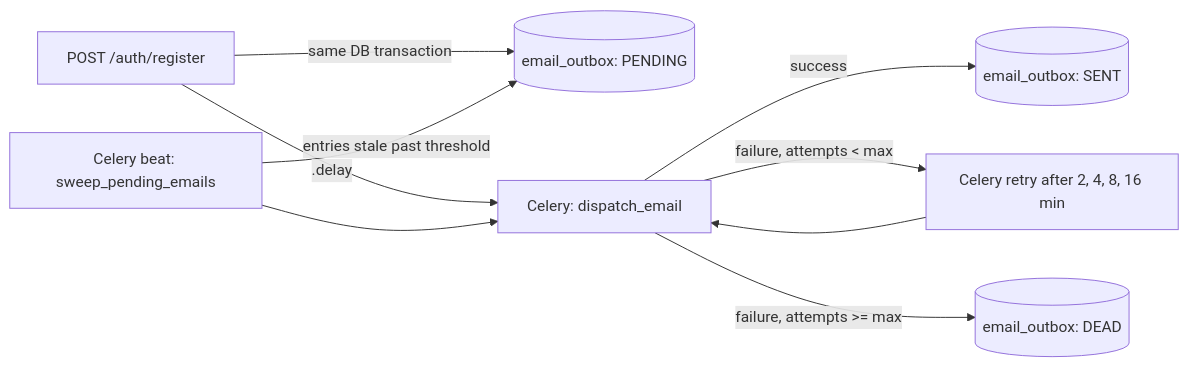
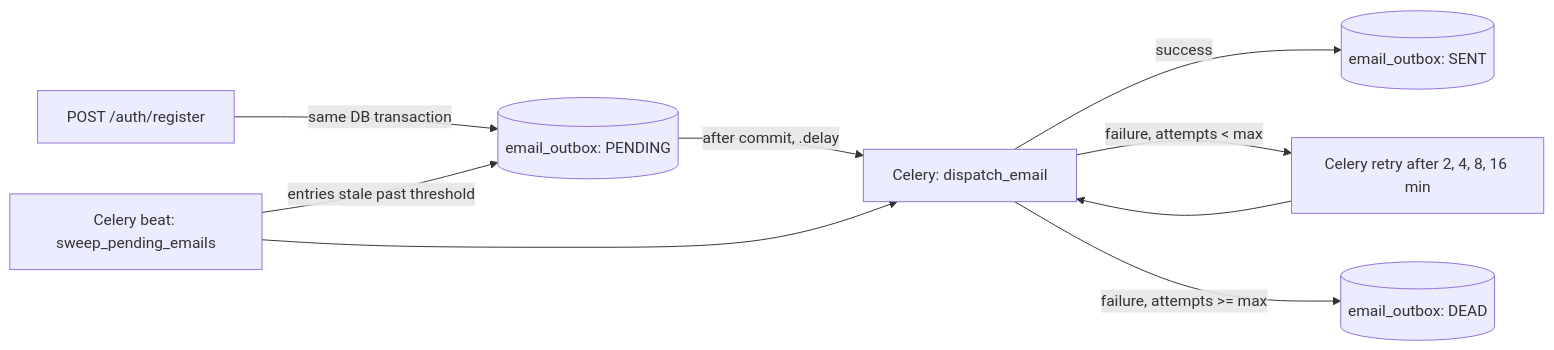
One commit to jbtwist/FastApi-Backend-Template changed the second of 2 diagrams in docs/architecture/overview.md. Above: the diagram before and after it, drawn with Mermaid. The commit also changed other lines of this file and 8 other files, not shown here.

First line of the commit message:
fix(mail): queue email dispatch only after the request transaction commits

````diff
--- a/docs/architecture/overview.md
+++ b/docs/architecture/overview.md
@@ -141,11 +145,11 @@
 ```mermaid
 flowchart LR
     A[POST /auth/register] -->|same DB transaction| B[(email_outbox: PENDING)]
-    A -->|.delay| C[Celery: dispatch_email]
+    B -->|after commit, .delay| C[Celery: dispatch_email]
     C -->|success| D[(email_outbox: SENT)]
     C -->|failure, attempts < max| E[Celery retry after 2, 4, 8, 16 min]
     E --> C
     C -->|failure, attempts >= max| F[(email_outbox: DEAD)]
     G[Celery beat: sweep_pending_emails] -->|entries stale past threshold| B
     G --> C
 ```
````
